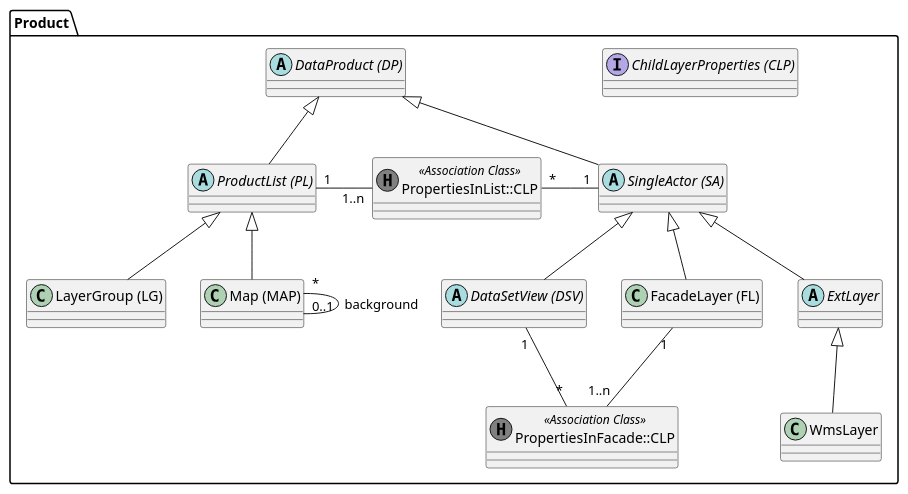
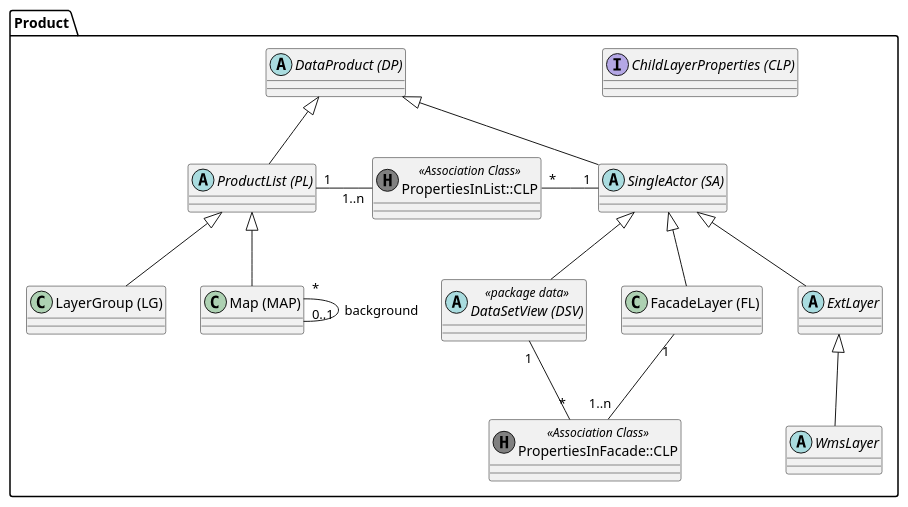
Before and after one commit to sogis/simi: the diagram in code/doc/puml/src/product.puml, drawn with PlantUML. The commit also changed 26 other files, not shown here.

```diff
--- a/code/doc/puml/src/product.puml
+++ b/code/doc/puml/src/product.puml
@@ -1,40 +1,40 @@
 @startuml
 package Product {
   interface "ChildLayerProperties (CLP)" as clp
   abstract class "DataProduct (DP)" as dp
 
   abstract class "ProductList (PL)" as pl
   class "LayerGroup (LG)" as lg
   class "Map (MAP)" as map
 
   abstract class "SingleActor (SA)" as sa
   class "FacadeLayer (FL)" as fl
-  abstract class "DataSetView (DSV)" as dsv
+  abstract class "DataSetView (DSV)" as dsv << package data >>
   abstract class "ExtLayer" as el
-  class "WmsLayer" as wl
+  abstract class "WmsLayer" as wl
 
   class "PropertiesInFacade::CLP" as pif << (H, grey) Association Class >>
   class "PropertiesInList::CLP" as pil << (H, grey) Association Class >>
 
   dp <|-- pl
 
   pl <|-- lg
   pl <|-- map
 
   dp <|-- sa
 
   sa <|-- dsv
   sa <|-- fl
   sa <|-- el
 
   el <|-- wl
 
   pl "1" -right- "1..n" pil : "      "
   pil "*" -right- "1" sa : "      "
 
   map "*" -- "0..1" map : "background"
 
   fl "1" -- "1..n" pif : "      "
   pif "*" -up- "1" dsv : "      "
 }
 @enduml
```
